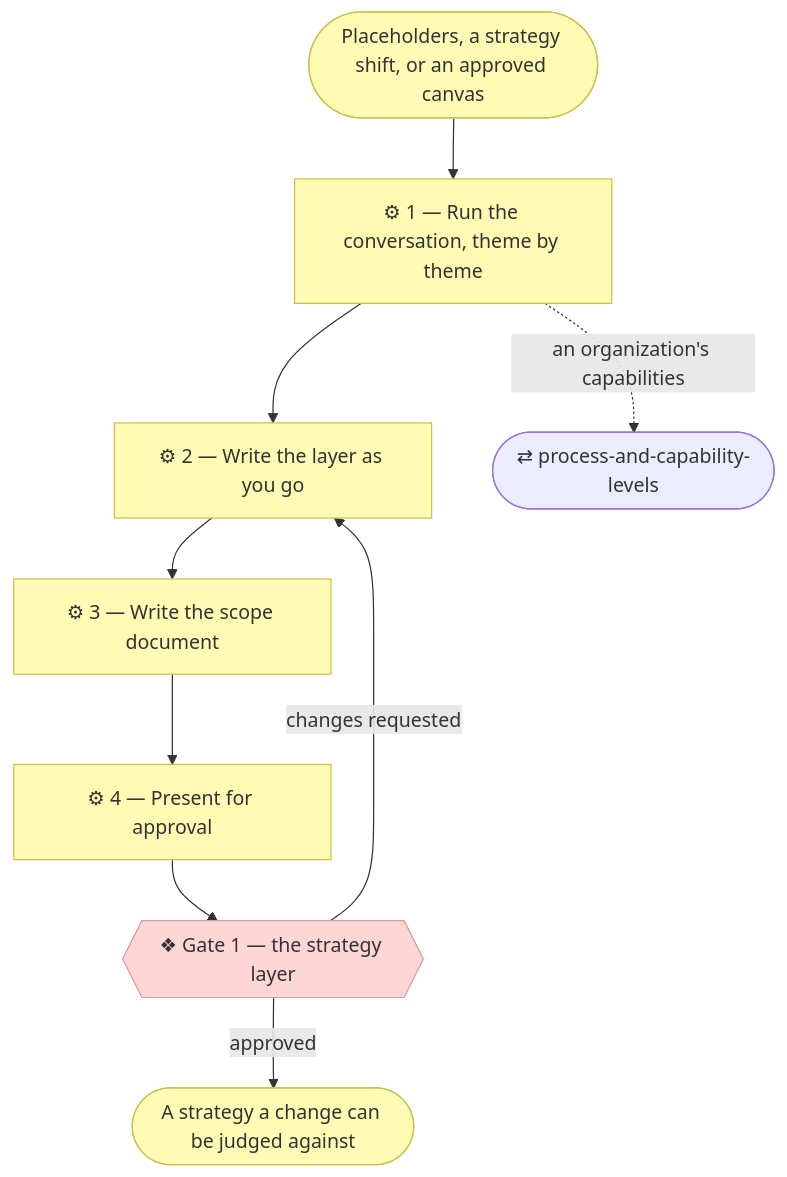
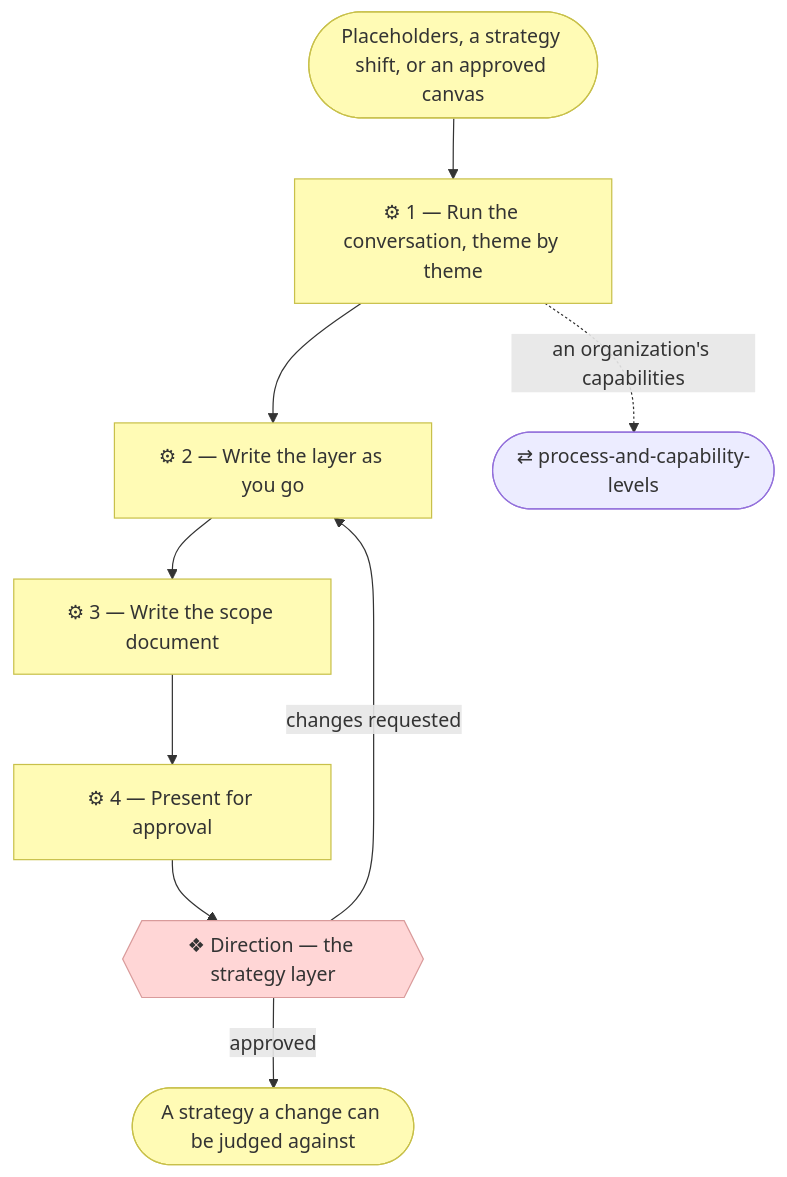
The diagram in plugins/archreator/skills/discover-strategy/SKILL.md (roanboc/archreator), drawn with Mermaid before and after one commit. The commit also changed other lines of this file and 32 other files, not shown here.

````diff
--- a/plugins/archreator/skills/discover-strategy/SKILL.md
+++ b/plugins/archreator/skills/discover-strategy/SKILL.md
@@ -40,21 +40,21 @@
 ```mermaid
 flowchart TD
   trig(["Placeholders, a strategy shift, or an approved canvas"])
   s1["⚙ 1 — Run the conversation, theme by theme"]
   s2["⚙ 2 — Write the layer as you go"]
   s3["⚙ 3 — Write the scope document"]
   s4["⚙ 4 — Present for approval"]
-  g1{{"❖ Gate 1 — the strategy layer"}}
+  g1{{"❖ Direction — the strategy layer"}}
   pcl(["⇄ process-and-capability-levels"])
   out(["A strategy a change can be judged against"])
 
   trig --> s1 --> s2 --> s3 --> s4 --> g1
   s1 -. an organization's capabilities .-> pcl
   g1 -->|changes requested| s2
   g1 -->|approved| out
 
   classDef business fill:#fffbb5,stroke:#c8c04a,color:#333
   classDef implementation fill:#ffd6d6,stroke:#d99b9b,color:#333
   class s1,s2,s3,s4,trig,out business
   class g1 implementation
 ```
````
